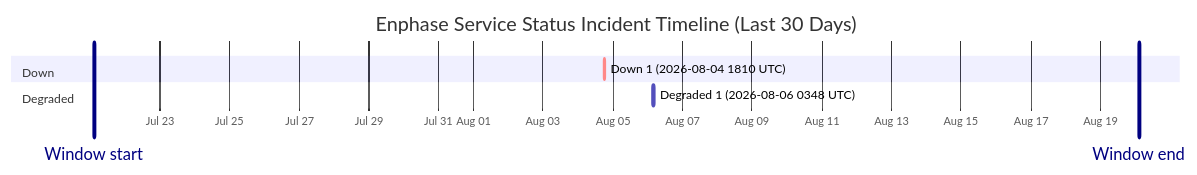
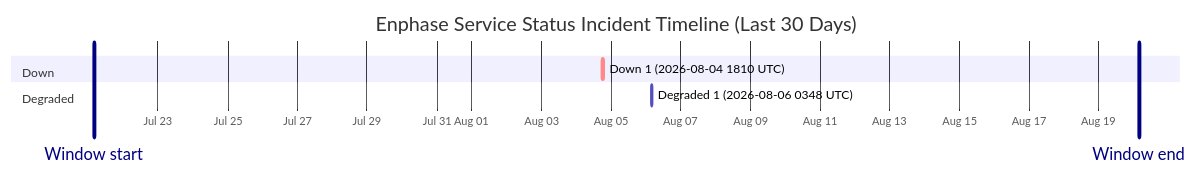
The diagram in wiki/Service-Status-History.md (barneyonline/ha-enphase-energy), drawn with Mermaid before and after one commit. The commit also changed other lines of this file and 3 other files, not shown here.

````diff
--- a/wiki/Service-Status-History.md
+++ b/wiki/Service-Status-History.md
@@ -14,12 +14,12 @@
 ```mermaid
 gantt
     title Enphase Service Status Incident Timeline (Last 30 Days)
     dateFormat  YYYY-MM-DDTHH:mm:ss
     axisFormat  %b %d
-    Window start :vert, window-start, 2026-07-21T02:36:13, 0ms
-    Window end :vert, window-end, 2026-08-20T02:36:13, 0ms
+    Window start :vert, window-start, 2026-07-21T03:44:16, 0ms
+    Window end :vert, window-end, 2026-08-20T03:44:16, 0ms
     section Down
     Down 1 (2026-08-04 1810 UTC) :crit, down-1, 2026-08-04T18:10:46, 60m
     section Degraded
     Degraded 1 (2026-08-06 0348 UTC) :active, degraded-1, 2026-08-06T03:48:14, 60m
 ```
````
